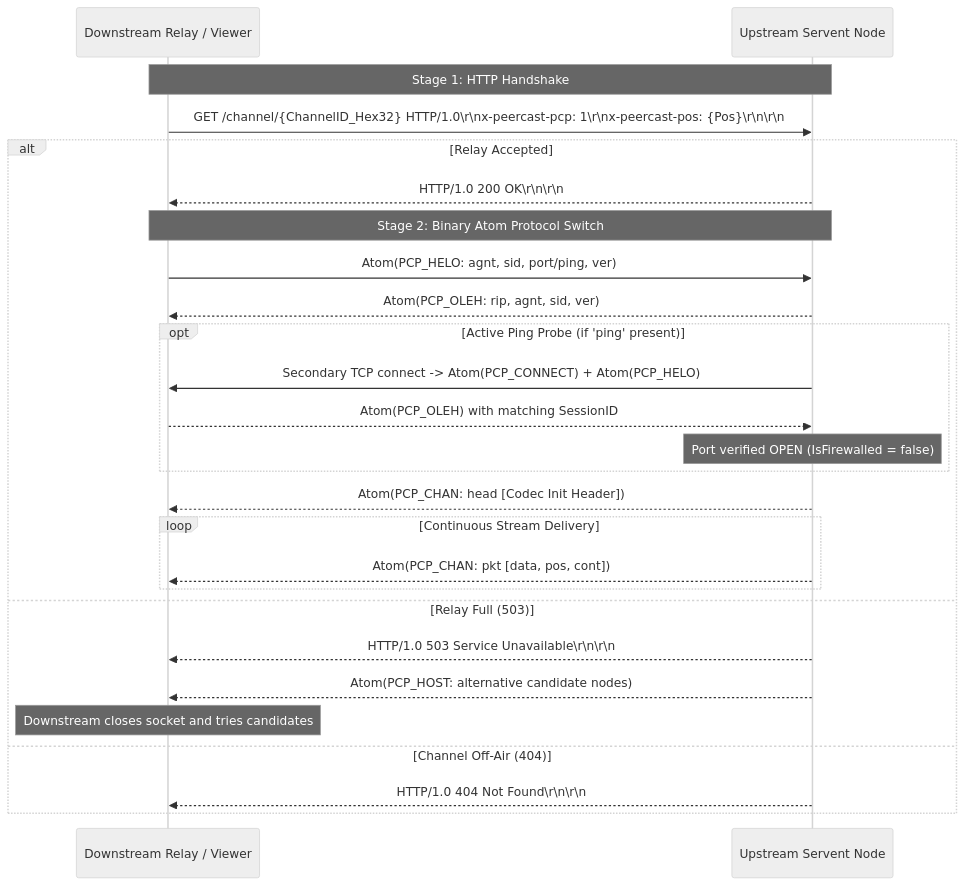
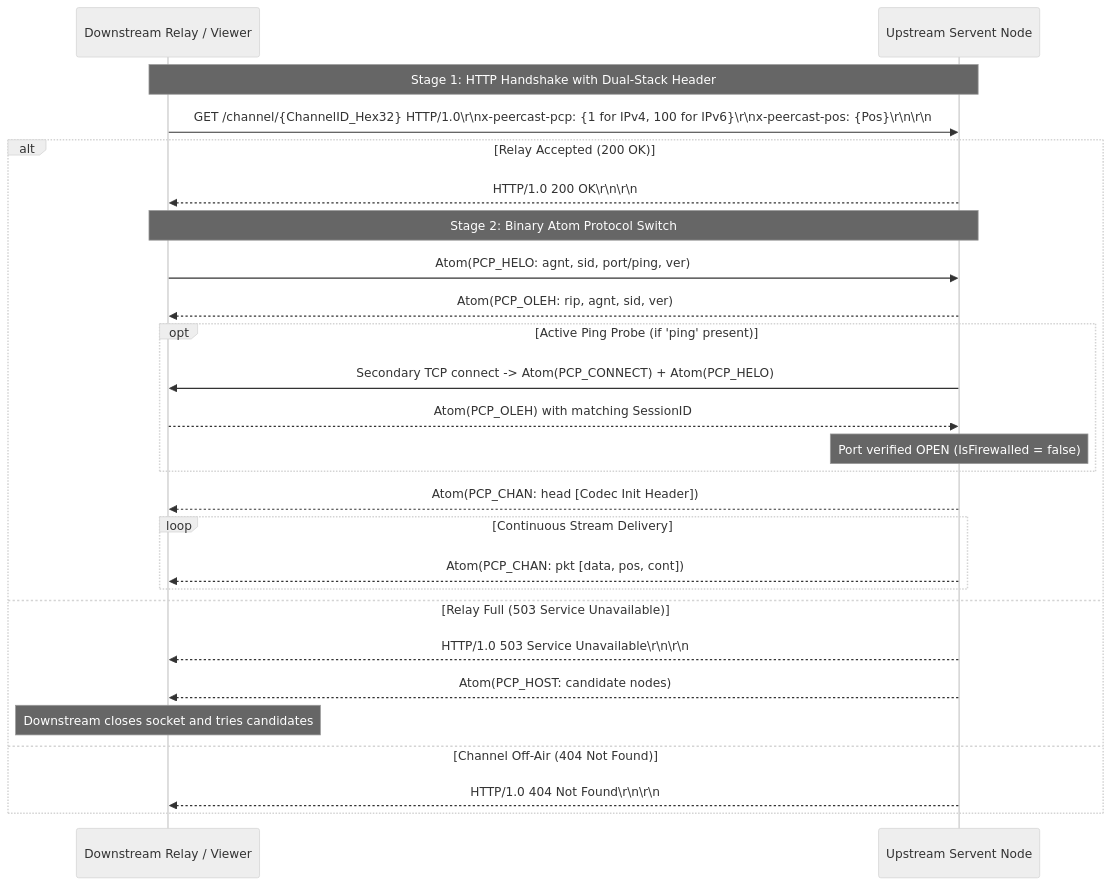
One commit to 4getkun/PeerCastStation_Rust changed the diagram in docs/SPECIFICATION.md. Above: the diagram before and after it, drawn with Mermaid (neutral theme). The commit also changed other lines of this file and 1 other file, not shown here.

Commit message:
docs: v1.3.0 dual-codebase audit with peercast-yt insights (ADR-0013 to ADR-0016)

````diff
--- a/docs/SPECIFICATION.md
+++ b/docs/SPECIFICATION.md
@@ -48,29 +53,29 @@
 ```mermaid
 sequenceDiagram
     participant Downstream as Downstream Relay / Viewer
     participant Upstream as Upstream Servent Node
 
-    Note over Downstream,Upstream: Stage 1: HTTP Handshake
-    Downstream->>Upstream: GET /channel/{ChannelID_Hex32} HTTP/1.0\r\nx-peercast-pcp: 1\r\nx-peercast-pos: {Pos}\r\n\r\n
-    alt Relay Accepted
+    Note over Downstream,Upstream: Stage 1: HTTP Handshake with Dual-Stack Header
+    Downstream->>Upstream: GET /channel/{ChannelID_Hex32} HTTP/1.0\r\nx-peercast-pcp: {1 for IPv4, 100 for IPv6}\r\nx-peercast-pos: {Pos}\r\n\r\n
+    alt Relay Accepted (200 OK)
         Upstream-->>Downstream: HTTP/1.0 200 OK\r\n\r\n
         Note over Downstream,Upstream: Stage 2: Binary Atom Protocol Switch
         Downstream->>Upstream: Atom(PCP_HELO: agnt, sid, port/ping, ver)
         Upstream-->>Downstream: Atom(PCP_OLEH: rip, agnt, sid, ver)
         opt Active Ping Probe (if 'ping' present)
             Upstream->>Downstream: Secondary TCP connect -> Atom(PCP_CONNECT) + Atom(PCP_HELO)
             Downstream-->>Upstream: Atom(PCP_OLEH) with matching SessionID
             Note over Upstream: Port verified OPEN (IsFirewalled = false)
         end
         Upstream-->>Downstream: Atom(PCP_CHAN: head [Codec Init Header])
         loop Continuous Stream Delivery
             Upstream-->>Downstream: Atom(PCP_CHAN: pkt [data, pos, cont])
         end
-    else Relay Full (503)
+    else Relay Full (503 Service Unavailable)
         Upstream-->>Downstream: HTTP/1.0 503 Service Unavailable\r\n\r\n
-        Upstream-->>Downstream: Atom(PCP_HOST: alternative candidate nodes)
+        Upstream-->>Downstream: Atom(PCP_HOST: candidate nodes)
         Note over Downstream: Downstream closes socket and tries candidates
-    else Channel Off-Air (404)
+    else Channel Off-Air (404 Not Found)
         Upstream-->>Downstream: HTTP/1.0 404 Not Found\r\n\r\n
     end
 ```
````
